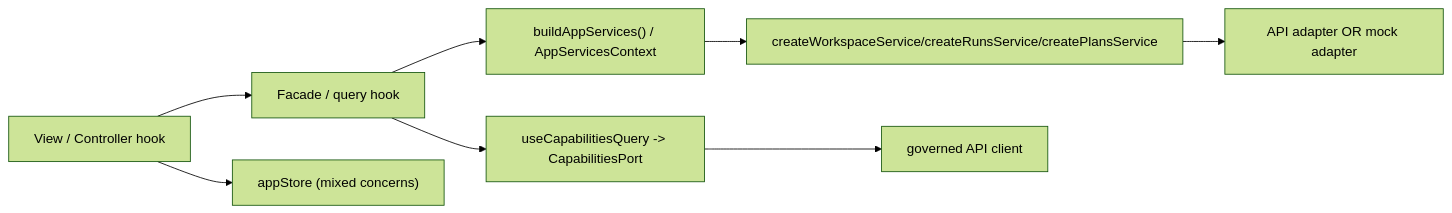
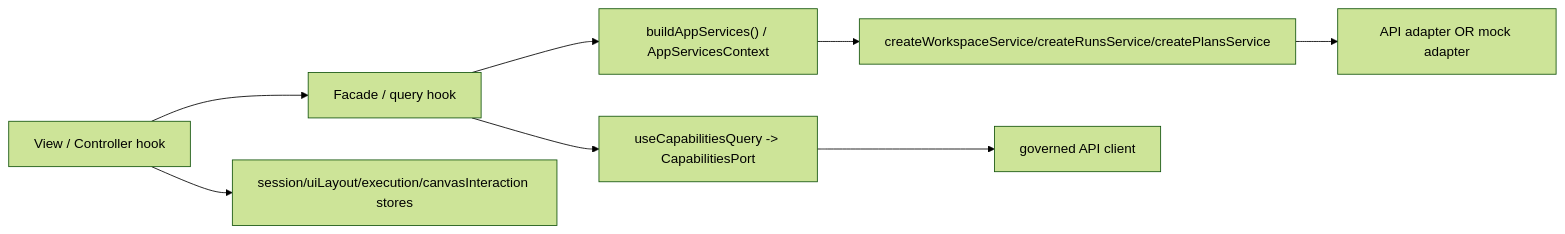
Before and after one commit to dunay2/dvt: the second of 6 diagrams in docs/architecture/components/web/frontend-data-boundary-architecture.md, drawn with Mermaid (forest theme). The commit also changed other lines of this file and 44 other files, not shown here.

````diff
--- a/docs/architecture/components/web/frontend-data-boundary-architecture.md
+++ b/docs/architecture/components/web/frontend-data-boundary-architecture.md
@@ -32,10 +32,10 @@
 ```mermaid
 flowchart LR
   View["View / Controller hook"] --> Hook["Facade / query hook"]
   Hook --> Composition["buildAppServices() / AppServicesContext"]
   Composition --> Factory["createWorkspaceService/createRunsService/createPlansService"]
   Factory --> ApiOrMock["API adapter OR mock adapter"]
   Hook --> Capabilities["useCapabilitiesQuery -> CapabilitiesPort"]
   Capabilities --> ApiClient["governed API client"]
-  View --> AppStore["appStore (mixed concerns)"]
+  View --> Stores["session/uiLayout/execution/canvasInteraction stores"]
 ```
````
